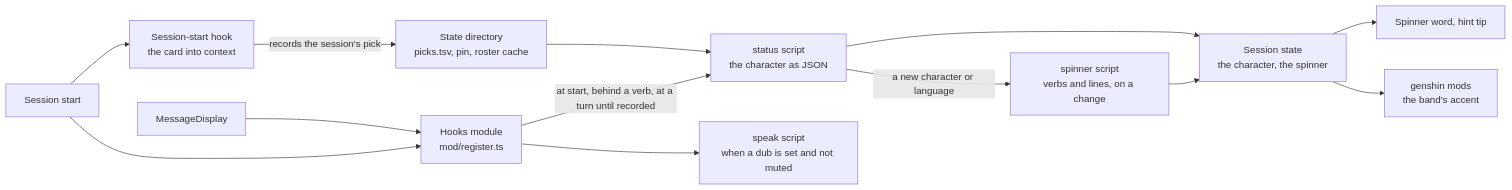
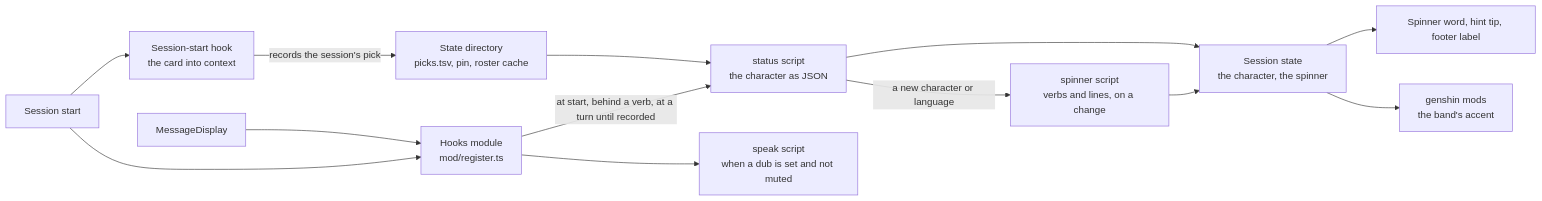
The sixth of 6 diagrams in apps/web/content/docs/infra/claude-interface/persona-plugin.md (Esposter/Esposter), drawn with Mermaid before and after one commit. The commit also changed other lines of this file and 5 other files, not shown here.

````diff
--- a/apps/web/content/docs/infra/claude-interface/persona-plugin.md
+++ b/apps/web/content/docs/infra/claude-interface/persona-plugin.md
@@ -277,27 +279,27 @@
 ```mermaid
 flowchart LR
     Start["Session start"]
     Hook["Session-start hook<br/>the card into context"]
     Module["Hooks module<br/>mod/register.ts"]
     Status["status script<br/>the character as JSON"]
     SpinnerScript["spinner script<br/>verbs and lines, on a change"]
     Records["State directory<br/>picks.tsv, pin, roster cache"]
     State["Session state<br/>the character, the spinner"]
-    Spinner["Spinner word, hint tip"]
+    Spinner["Spinner word, hint tip, footer label"]
     Mods["genshin mods<br/>the band's accent"]
     Display["MessageDisplay"]
     Speak["speak script<br/>when a dub is set and not muted"]
 
     Start --> Hook
     Start --> Module
     Hook -->|records the session's pick| Records
     Module -->|at start, behind a verb, at a turn until recorded| Status
     Records --> Status
     Status --> State
     Status -->|a new character or language| SpinnerScript
     SpinnerScript --> State
     State --> Spinner
     State --> Mods
     Display --> Module
     Module --> Speak
 ```
````
